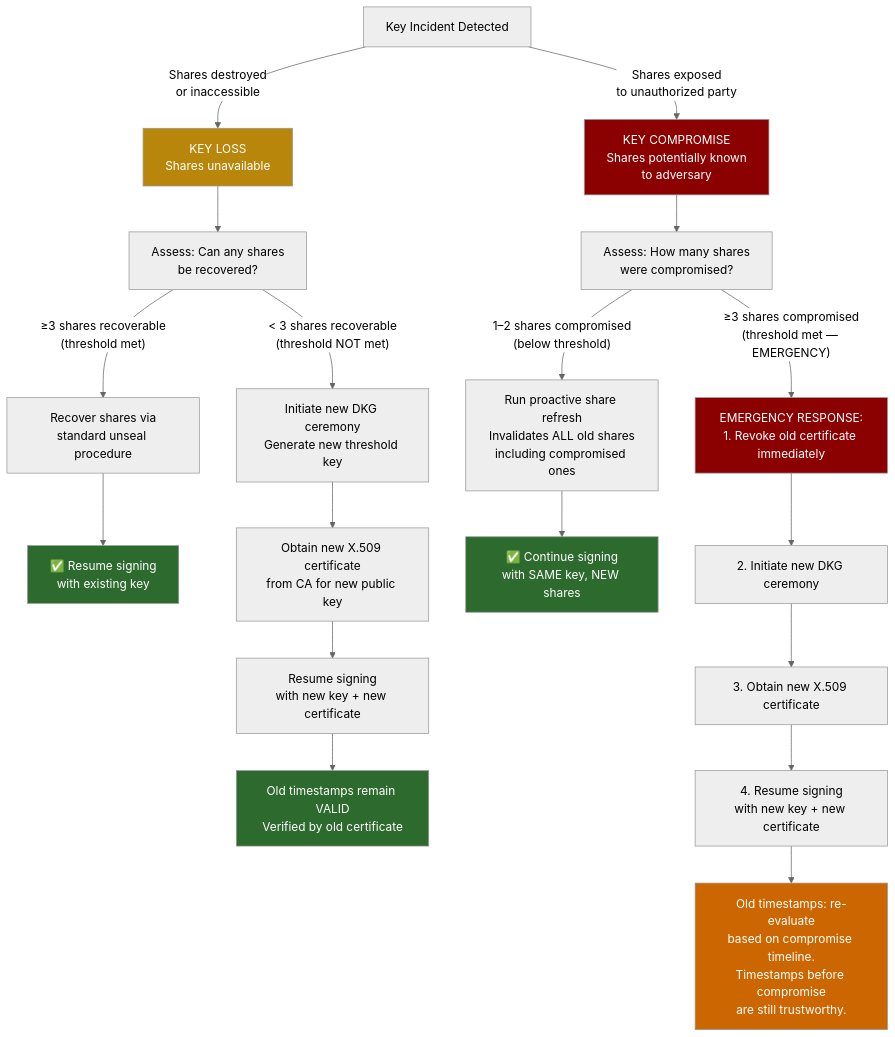
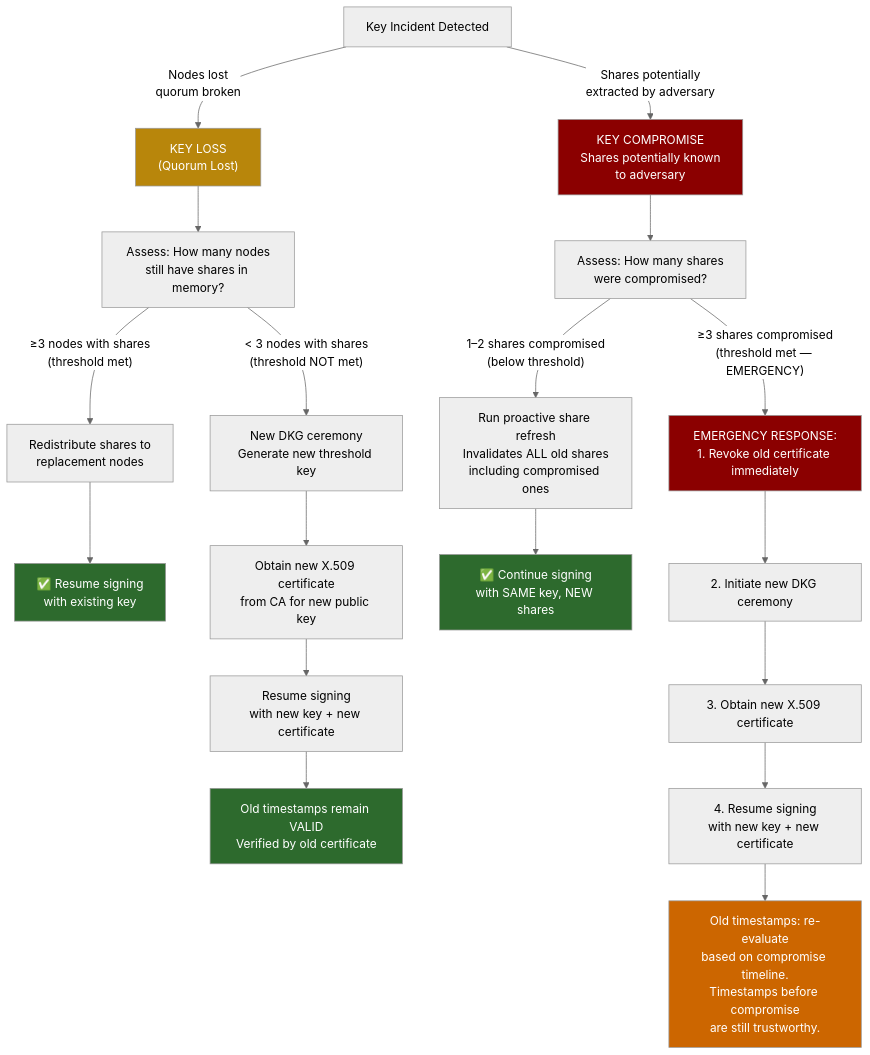
Before and after one commit to NickBorgers/confidential-computing-tsa: the fourth of 7 diagrams in docs/04-failure-modes-and-recovery.md, drawn with Mermaid (neutral theme). The commit also changed other lines of this file and 1 other file, not shown here.

First line of the commit message:
Adopt immutable software + ephemeral key model (Phase 3)

````diff
--- a/docs/04-failure-modes-and-recovery.md
+++ b/docs/04-failure-modes-and-recovery.md
@@ -354,35 +334,35 @@
 ```mermaid
 flowchart TD
     INCIDENT["Key Incident Detected"]
-    INCIDENT -->|Shares destroyed<br/>or inaccessible| LOSS["KEY LOSS<br/>Shares unavailable"]
-    INCIDENT -->|Shares exposed<br/>to unauthorized party| COMP["KEY COMPROMISE<br/>Shares potentially known<br/>to adversary"]
+    INCIDENT -->|Nodes lost<br/>quorum broken| LOSS["KEY LOSS<br/>(Quorum Lost)"]
+    INCIDENT -->|Shares potentially<br/>extracted by adversary| COMP["KEY COMPROMISE<br/>Shares potentially known<br/>to adversary"]
 
     %% Key Loss Path
-    LOSS --> LASSESS["Assess: Can any shares<br/>be recovered?"]
-    LASSESS -->|"≥3 shares recoverable<br/>(threshold met)"| LRECOVER["Recover shares via<br/>standard unseal procedure"]
-    LRECOVER --> LRESUME["✅ Resume signing<br/>with existing key"]
+    LOSS --> LASSESS["Assess: How many nodes<br/>still have shares in memory?"]
+    LASSESS -->|"≥3 nodes with shares<br/>(threshold met)"| LREDIST["Redistribute shares to<br/>replacement nodes"]
+    LREDIST --> LRESUME["✅ Resume signing<br/>with existing key"]
 
-    LASSESS -->|"< 3 shares recoverable<br/>(threshold NOT met)"| LNEWDKG["Initiate new DKG ceremony<br/>Generate new threshold key"]
+    LASSESS -->|"< 3 nodes with shares<br/>(threshold NOT met)"| LNEWDKG["New DKG ceremony<br/>Generate new threshold key"]
     LNEWDKG --> LNEWCERT["Obtain new X.509 certificate<br/>from CA for new public key"]
     LNEWCERT --> LNEWRESUME["Resume signing<br/>with new key + new certificate"]
     LNEWRESUME --> LOLD["Old timestamps remain VALID<br/>Verified by old certificate"]
 
     %% Key Compromise Path
     COMP --> CASSESS["Assess: How many shares<br/>were compromised?"]
     CASSESS -->|"1–2 shares compromised<br/>(below threshold)"| CREFRESH["Run proactive share refresh<br/>Invalidates ALL old shares<br/>including compromised ones"]
     CREFRESH --> CCONTINUE["✅ Continue signing<br/>with SAME key, NEW shares"]
 
     CASSESS -->|"≥3 shares compromised<br/>(threshold met — EMERGENCY)"| CREVOKE["EMERGENCY RESPONSE:<br/>1. Revoke old certificate immediately"]
     CREVOKE --> CNEWDKG["2. Initiate new DKG ceremony"]
     CNEWDKG --> CNEWCERT["3. Obtain new X.509 certificate"]
     CNEWCERT --> CRESUME["4. Resume signing<br/>with new key + new certificate"]
     CRESUME --> COLD["Old timestamps: re-evaluate<br/>based on compromise timeline.<br/>Timestamps before compromise<br/>are still trustworthy."]
 
     style LOSS fill:#b8860b,color:#fff
     style COMP fill:#8b0000,color:#fff
     style LRESUME fill:#2d6a2d,color:#fff
     style LOLD fill:#2d6a2d,color:#fff
     style CCONTINUE fill:#2d6a2d,color:#fff
     style CREVOKE fill:#8b0000,color:#fff
     style COLD fill:#cc6600,color:#fff
 ```
````
